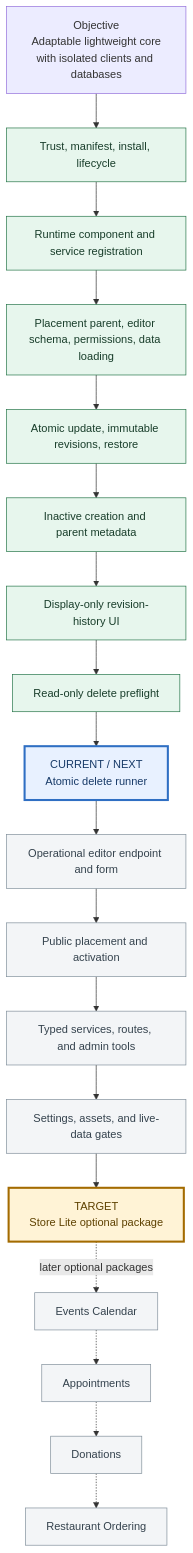
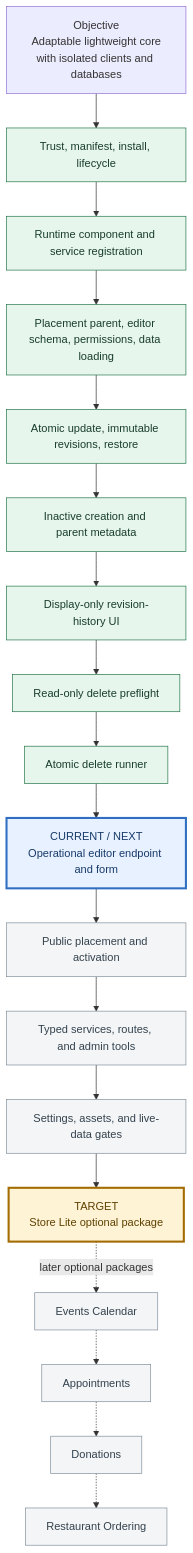
Before and after one commit to orojas01-glitch/redcms: the diagram in docs/ADD-ON-PLATFORM-STATUS.md, drawn with Mermaid. The commit also changed other lines of this file and 12 other files, not shown here.

````diff
--- a/docs/ADD-ON-PLATFORM-STATUS.md
+++ b/docs/ADD-ON-PLATFORM-STATUS.md
@@ -7,30 +7,30 @@
 ```mermaid
 flowchart TD
     O["Objective<br/>Adaptable lightweight core<br/>with isolated clients and databases"]
     O --> F1["Trust, manifest, install, lifecycle"]
     F1 --> F2["Runtime component and service registration"]
     F2 --> F3["Placement parent, editor schema, permissions, data loading"]
     F3 --> F4["Atomic update, immutable revisions, restore"]
     F4 --> F5["Inactive creation and parent metadata"]
     F5 --> F6["Display-only revision-history UI"]
     F6 --> F7["Read-only delete preflight"]
-    F7 --> C["CURRENT / NEXT<br/>Atomic delete runner"]
-    C --> G2["Operational editor endpoint and form"]
-    G2 --> G3["Public placement and activation"]
+    F7 --> F8["Atomic delete runner"]
+    F8 --> C["CURRENT / NEXT<br/>Operational editor endpoint and form"]
+    C --> G3["Public placement and activation"]
     G3 --> G4["Typed services, routes, and admin tools"]
     G4 --> G5["Settings, assets, and live-data gates"]
     G5 --> S["TARGET<br/>Store Lite optional package"]
     S -. later optional packages .-> E["Events Calendar"]
     E -.-> A["Appointments"]
     A -.-> D["Donations"]
     D -.-> R["Restaurant Ordering"]
 
     classDef complete fill:#e7f6ed,stroke:#27764a,color:#183d2a;
     classDef current fill:#e8f1ff,stroke:#2f6fc3,color:#173a68,stroke-width:3px;
     classDef remaining fill:#f3f5f7,stroke:#82909c,color:#34424d;
     classDef target fill:#fff3d6,stroke:#a36b00,color:#5e4100,stroke-width:3px;
-    class F1,F2,F3,F4,F5,F6,F7 complete;
+    class F1,F2,F3,F4,F5,F6,F7,F8 complete;
     class C current;
-    class G2,G3,G4,G5,E,A,D,R remaining;
+    class G3,G4,G5,E,A,D,R remaining;
     class S target;
 ```
````
